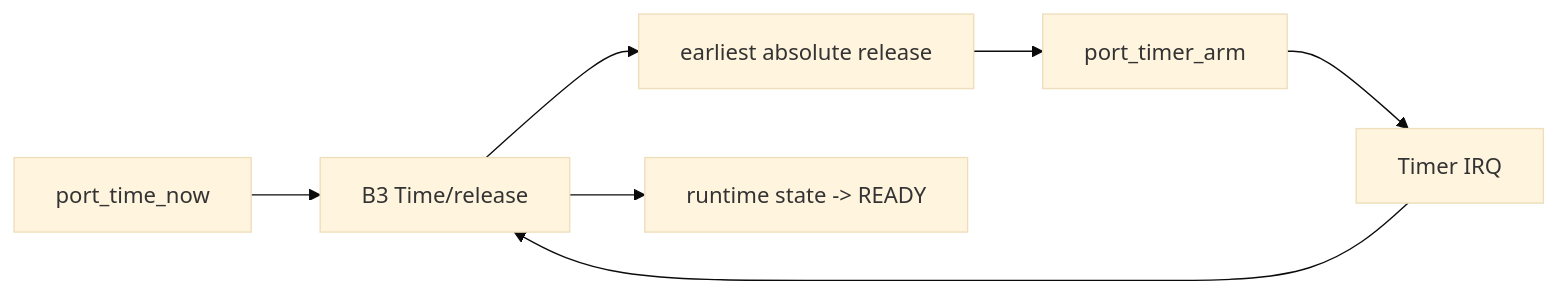
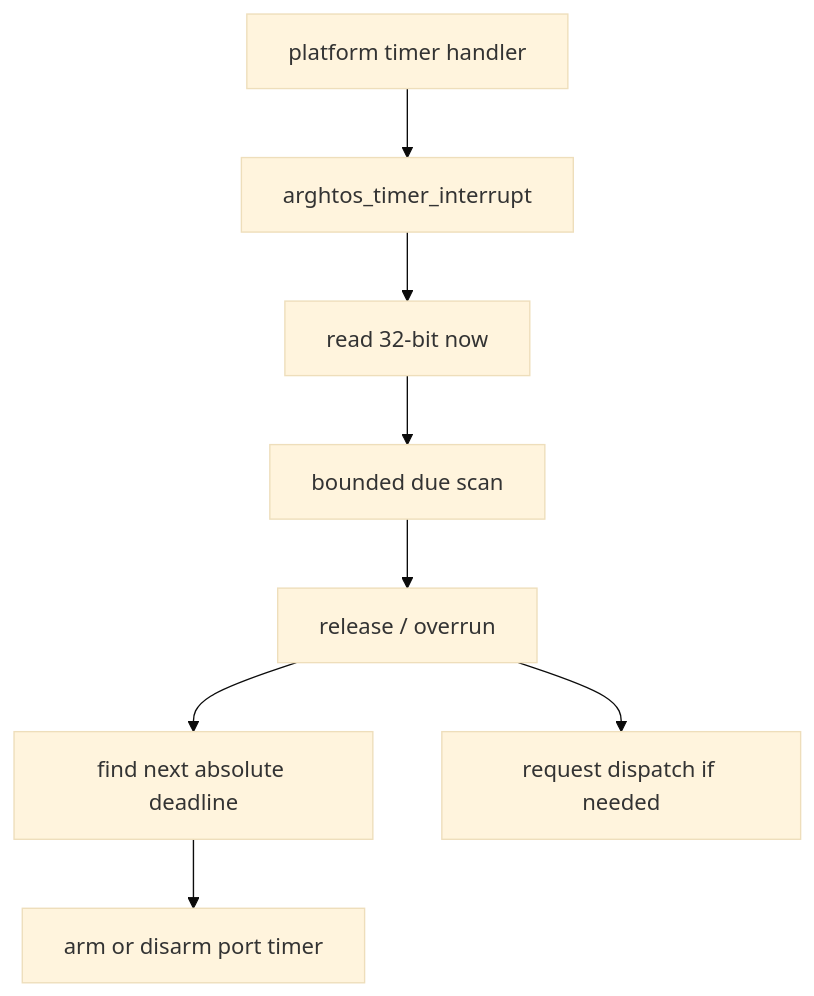
The diagram in architecture/contracts/C3-time-timer.md (tumblewhead/arghtos), drawn with Mermaid (base theme) before and after one commit. The commit also changed other lines of this file, not shown here.

Commit message:
Make time and timer contract concrete

````diff
--- a/architecture/contracts/C3-time-timer.md
+++ b/architecture/contracts/C3-time-timer.md
@@ -32,9 +93,10 @@
 ```mermaid
-flowchart LR
-  NOW["port_time_now"] --> TIME["B3 Time/release"]
-  TIME --> NEXT["earliest absolute release"]
-  NEXT --> ARM["port_timer_arm"]
-  ARM --> IRQ["Timer IRQ"]
-  IRQ --> TIME
-  TIME --> READY["runtime state -> READY"]
+flowchart TD
+  H["platform timer handler"] --> E["arghtos_timer_interrupt"]
+  E --> NOW["read 32-bit now"]
+  NOW --> DUE["bounded due scan"]
+  DUE --> REL["release / overrun"]
+  REL --> NEXT["find next absolute deadline"]
+  NEXT --> ARM["arm or disarm port timer"]
+  REL --> DISP["request dispatch if needed"]
 ```
````
